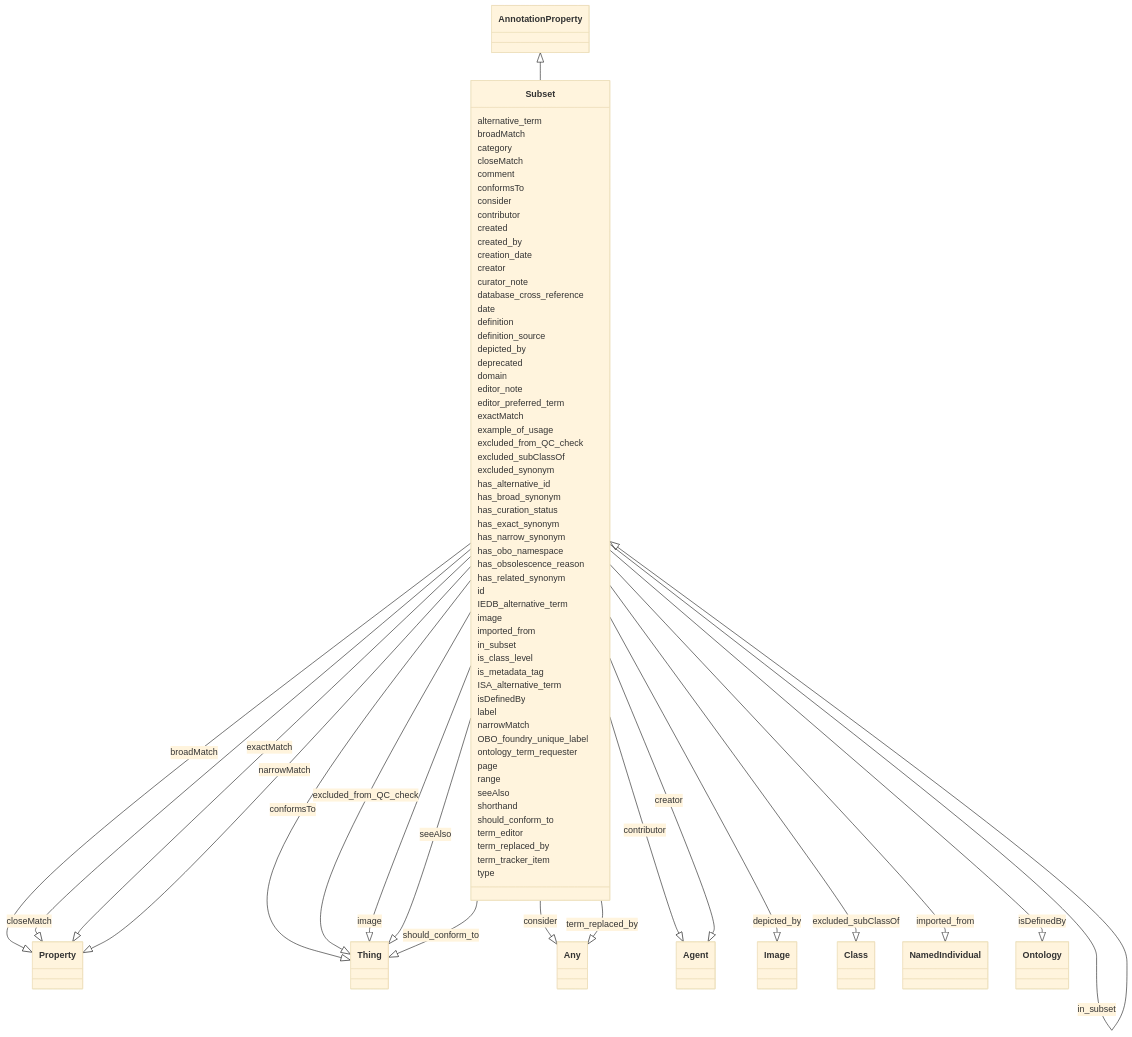
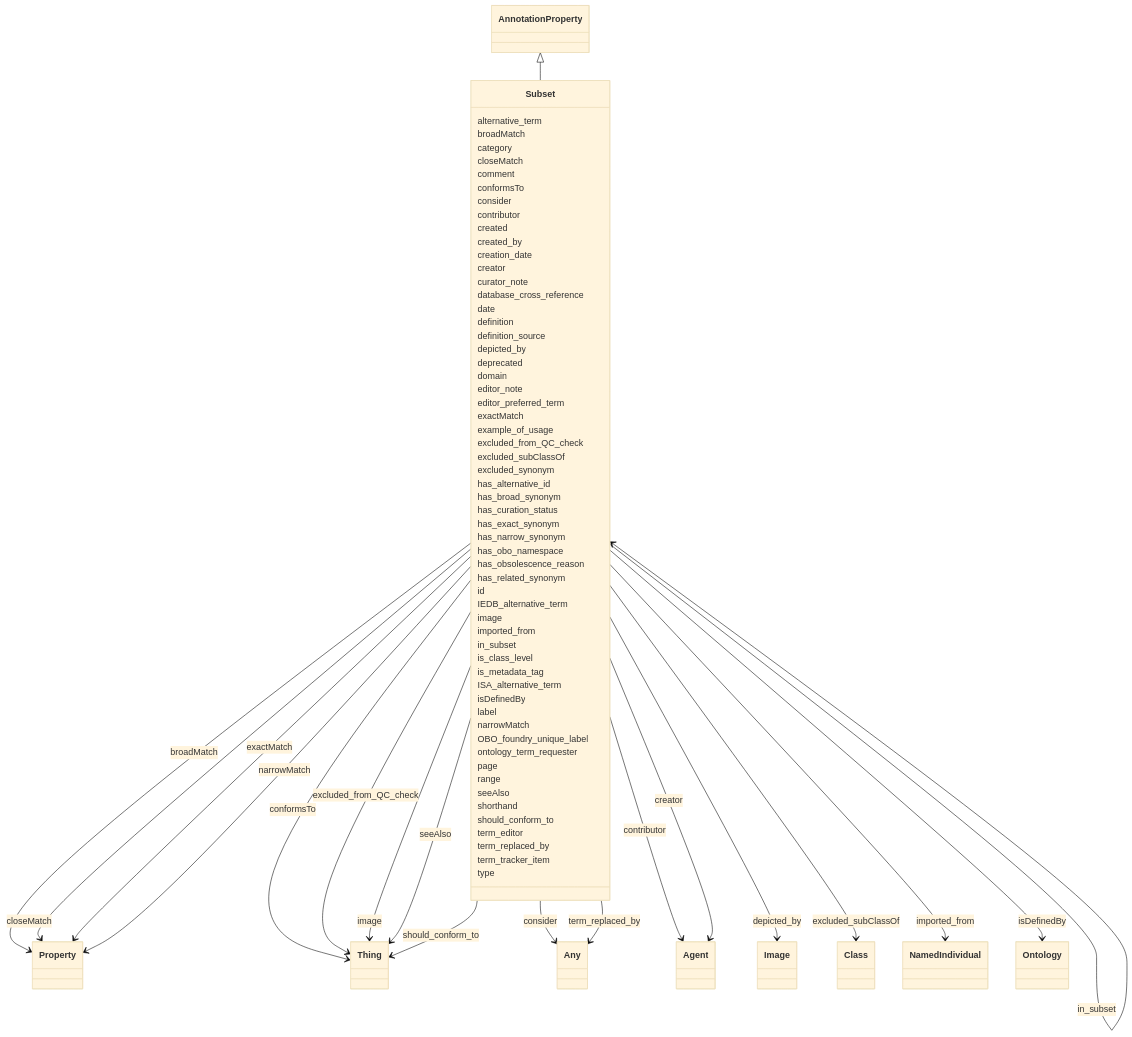
The diagram in ontology-metadata/Subset.md (INCATools/ontology-access-kit), drawn with Mermaid (base theme) before and after one commit. The commit also changed 389 other files, not shown here.

```diff
--- a/ontology-metadata/Subset.md
+++ b/ontology-metadata/Subset.md
@@ -21,27 +21,27 @@
         
       Subset : broadMatch
         
-          Subset --|> Property : broadMatch
+          Subset --> Property : broadMatch
         
       Subset : category
         
       Subset : closeMatch
         
-          Subset --|> Property : closeMatch
+          Subset --> Property : closeMatch
         
       Subset : comment
         
       Subset : conformsTo
         
-          Subset --|> Thing : conformsTo
+          Subset --> Thing : conformsTo
         
       Subset : consider
         
-          Subset --|> Any : consider
+          Subset --> Any : consider
         
       Subset : contributor
         
-          Subset --|> Agent : contributor
+          Subset --> Agent : contributor
         
       Subset : created
         
@@ -51,7 +51,7 @@
         
       Subset : creator
         
-          Subset --|> Agent : creator
+          Subset --> Agent : creator
         
       Subset : curator_note
         
@@ -65,7 +65,7 @@
         
       Subset : depicted_by
         
-          Subset --|> Image : depicted_by
+          Subset --> Image : depicted_by
         
       Subset : deprecated
         
@@ -77,17 +77,17 @@
         
       Subset : exactMatch
         
-          Subset --|> Property : exactMatch
+          Subset --> Property : exactMatch
         
       Subset : example_of_usage
         
       Subset : excluded_from_QC_check
         
-          Subset --|> Thing : excluded_from_QC_check
+          Subset --> Thing : excluded_from_QC_check
         
       Subset : excluded_subClassOf
         
-          Subset --|> Class : excluded_subClassOf
+          Subset --> Class : excluded_subClassOf
         
       Subset : excluded_synonym
         
@@ -113,15 +113,15 @@
         
       Subset : image
         
-          Subset --|> Thing : image
+          Subset --> Thing : image
         
       Subset : imported_from
         
-          Subset --|> NamedIndividual : imported_from
+          Subset --> NamedIndividual : imported_from
         
       Subset : in_subset
         
-          Subset --|> Subset : in_subset
+          Subset --> Subset : in_subset
         
       Subset : is_class_level
         
@@ -131,13 +131,13 @@
         
       Subset : isDefinedBy
         
-          Subset --|> Ontology : isDefinedBy
+          Subset --> Ontology : isDefinedBy
         
       Subset : label
         
       Subset : narrowMatch
         
-          Subset --|> Property : narrowMatch
+          Subset --> Property : narrowMatch
         
       Subset : OBO_foundry_unique_label
         
@@ -149,19 +149,19 @@
         
       Subset : seeAlso
         
-          Subset --|> Thing : seeAlso
+          Subset --> Thing : seeAlso
         
       Subset : shorthand
         
       Subset : should_conform_to
         
-          Subset --|> Thing : should_conform_to
+          Subset --> Thing : should_conform_to
         
       Subset : term_editor
         
       Subset : term_replaced_by
         
-          Subset --|> Any : term_replaced_by
+          Subset --> Any : term_replaced_by
         
       Subset : term_tracker_item
         
```
